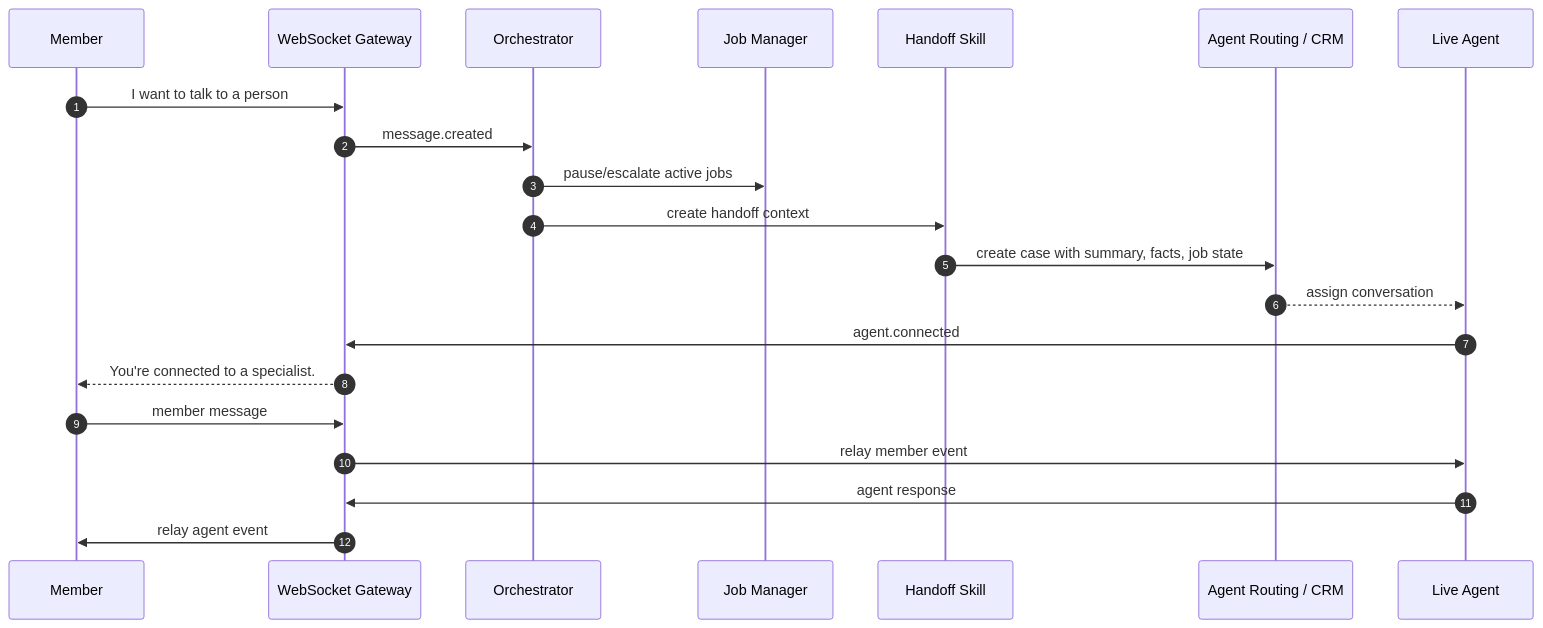
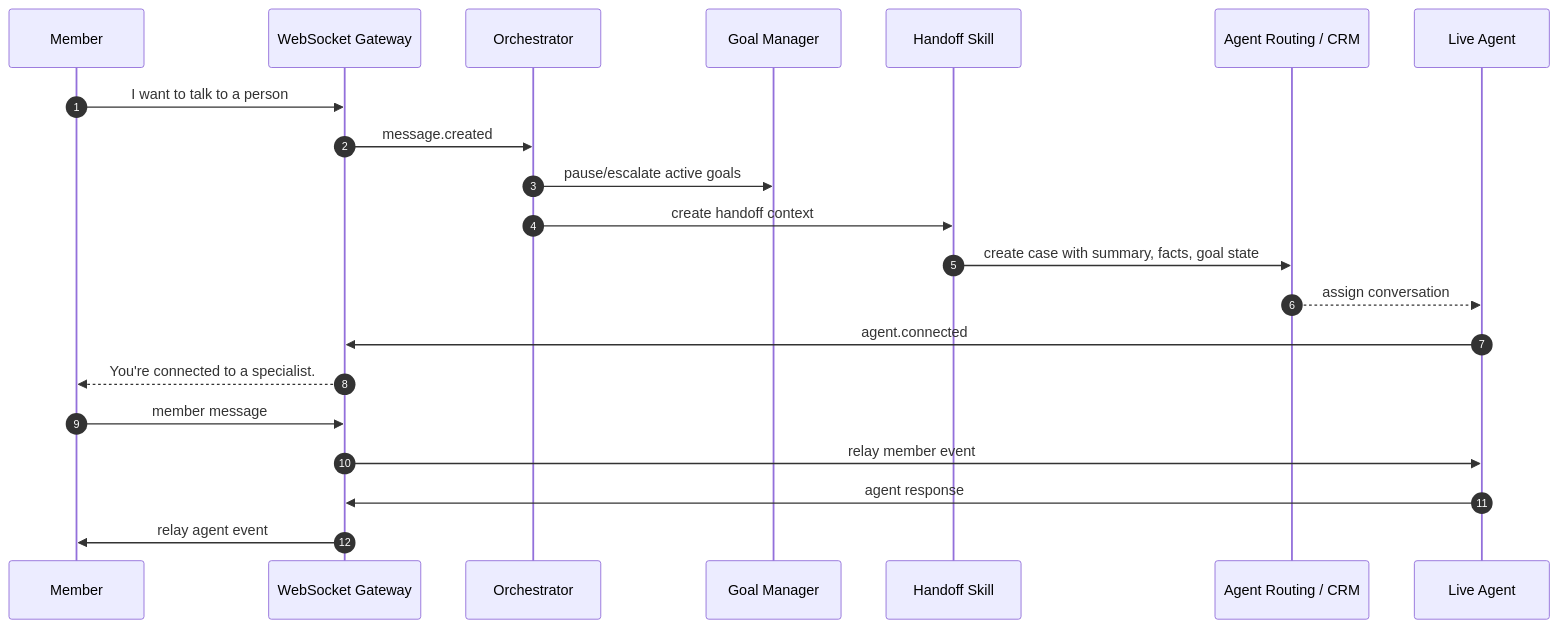
The tenth of 14 diagrams in docs/Agentic_Chat_Architecture_Deck.md (bhochhi/nexus), drawn with Mermaid before and after one commit. The commit also changed other lines of this file, not shown here.

Commit message:
refactor: update terminology from jobs to goals in architecture deck

````diff
--- a/docs/Agentic_Chat_Architecture_Deck.md
+++ b/docs/Agentic_Chat_Architecture_Deck.md
@@ -369,24 +373,24 @@
 ```mermaid
 sequenceDiagram
     autonumber
     participant M as Member
     participant WS as WebSocket Gateway
     participant O as Orchestrator
-    participant JM as Job Manager
+    participant GM as Goal Manager
     participant H as Handoff Skill
     participant CRM as Agent Routing / CRM
     participant A as Live Agent
 
     M->>WS: I want to talk to a person
     WS->>O: message.created
-    O->>JM: pause/escalate active jobs
+    O->>GM: pause/escalate active goals
     O->>H: create handoff context
-    H->>CRM: create case with summary, facts, job state
+    H->>CRM: create case with summary, facts, goal state
     CRM-->>A: assign conversation
     A->>WS: agent.connected
     WS-->>M: You're connected to a specialist.
     M->>WS: member message
     WS->>A: relay member event
     A->>WS: agent response
     WS->>M: relay agent event
 ```
````
